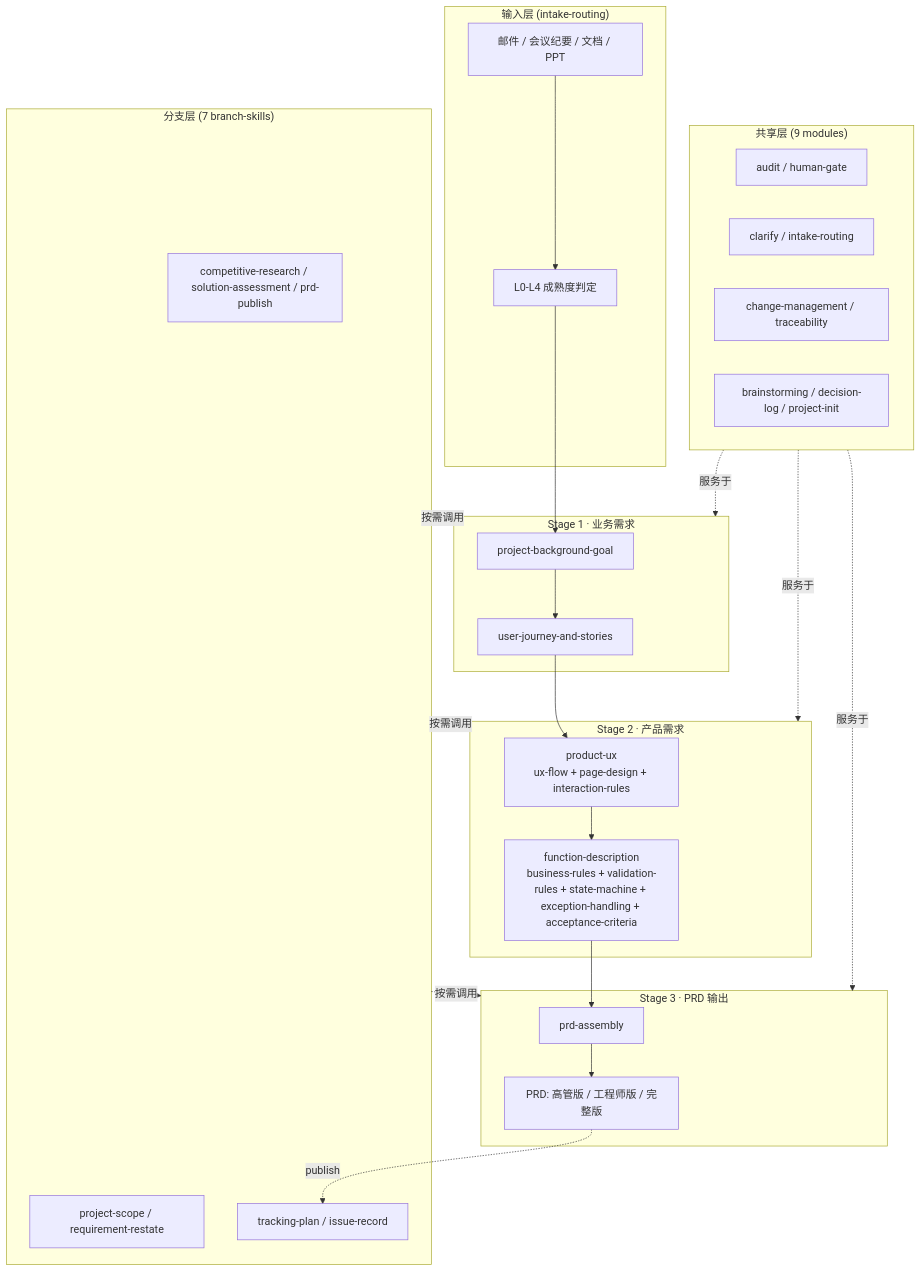
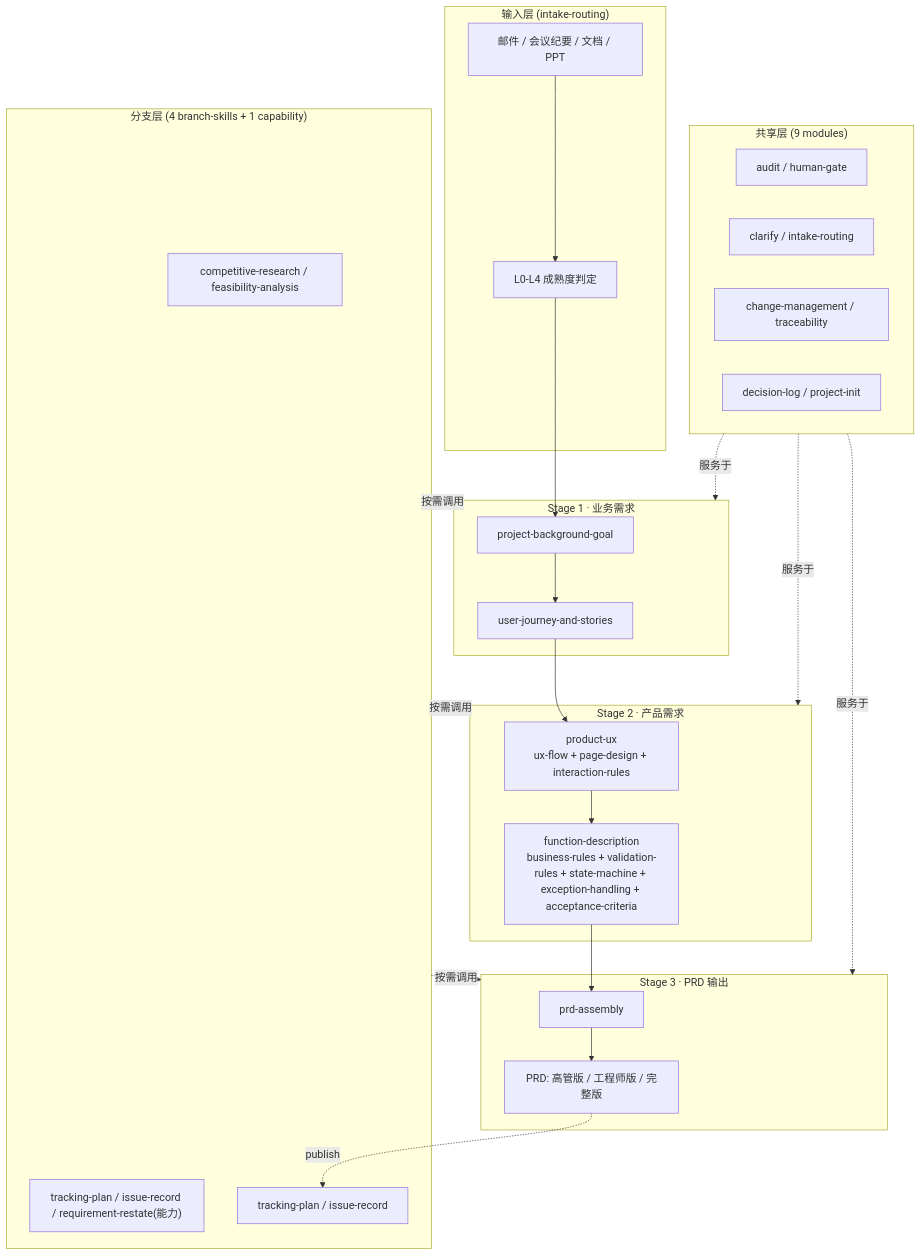
One commit to konwait12/pm-scaffold changed the diagram in docs/ARCHITECTURE.md. Above: the diagram before and after it, drawn with Mermaid. The commit also changed other lines of this file and 101 other files, not shown here.

````diff
--- a/docs/ARCHITECTURE.md
+++ b/docs/ARCHITECTURE.md
@@ -11,49 +11,49 @@
 ```mermaid
 flowchart TB
     subgraph I["输入层 (intake-routing)"]
         I1["邮件 / 会议纪要 / 文档 / PPT"]
         I2["L0-L4 成熟度判定"]
     end
 
     subgraph S1["Stage 1 · 业务需求"]
         A1["project-background-goal"]
         A2["user-journey-and-stories"]
     end
 
     subgraph S2["Stage 2 · 产品需求"]
         B1["product-ux<br/>ux-flow + page-design + interaction-rules"]
         B2["function-description<br/>business-rules + validation-rules + state-machine + exception-handling + acceptance-criteria"]
     end
 
     subgraph S3["Stage 3 · PRD 输出"]
         C1["prd-assembly"]
         C2["PRD: 高管版 / 工程师版 / 完整版"]
     end
 
     subgraph SH["共享层 (9 modules)"]
         SH1["audit / human-gate"]
         SH2["clarify / intake-routing"]
         SH3["change-management / traceability"]
-        SH4["brainstorming / decision-log / project-init"]
+        SH4["decision-log / project-init"]
     end
 
-    subgraph SU["分支层 (7 branch-skills)"]
-        SU1["competitive-research / solution-assessment / prd-publish"]
-        SU2["project-scope / requirement-restate"]
+    subgraph SU["分支层 (4 branch-skills + 1 capability)"]
+        SU1["competitive-research / feasibility-analysis"]
+        SU2["tracking-plan / issue-record / requirement-restate(能力)"]
         SU3["tracking-plan / issue-record"]
     end
 
     I1 --> I2 --> A1
     A1 --> A2
     A2 --> B1
     B1 --> B2
     B2 --> C1
     C1 --> C2
     C2 -. publish .-> SU3
     SH -.服务于.-> S1
     SH -.服务于.-> S2
     SH -.服务于.-> S3
     SU -.按需调用.-> S1
     SU -.按需调用.-> S2
     SU -.按需调用.-> S3
 ```
````
